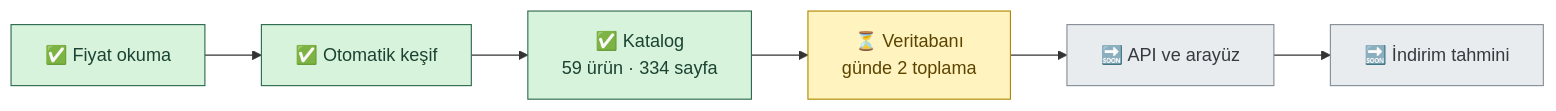
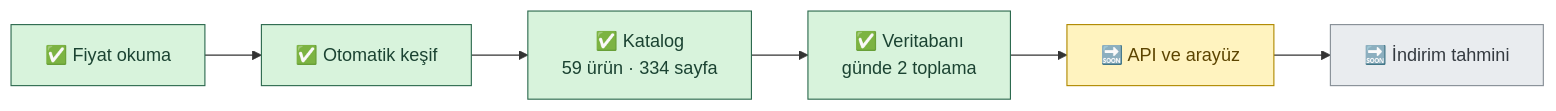
Before and after one commit to Emir-Ars/Urun-indirim-takip: the first of 4 diagrams in README.md, drawn with Mermaid. The commit also changed other lines of this file and 2 other files, not shown here.

Commit message:
Adım 7: veritabanı ve zamanlanmış toplama aşamasının kapanışını belgele

````diff
--- a/README.md
+++ b/README.md
@@ -15,14 +15,14 @@
 ```mermaid
 flowchart LR
     A["✅ Fiyat okuma"] --> B["✅ Otomatik keşif"]
     B --> C["✅ Katalog<br/>59 ürün · 334 sayfa"]
-    C --> D["⏳ Veritabanı<br/>günde 2 toplama"]
+    C --> D["✅ Veritabanı<br/>günde 2 toplama"]
     D --> E["🔜 API ve arayüz"]
     E --> F["🔜 İndirim tahmini"]
     classDef done fill:#d8f3dc,stroke:#2d6a4f,color:#1b4332
     classDef next fill:#fff3bf,stroke:#b08900,color:#5c4400
     classDef todo fill:#e9ecef,stroke:#868e96,color:#343a40
-    class A,B,C done
-    class D next
-    class E,F todo
+    class A,B,C,D done
+    class E next
+    class F todo
 ```
````
